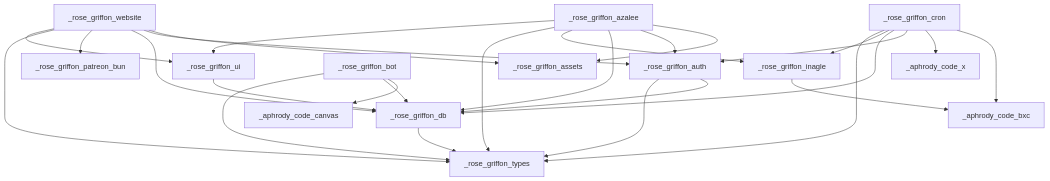
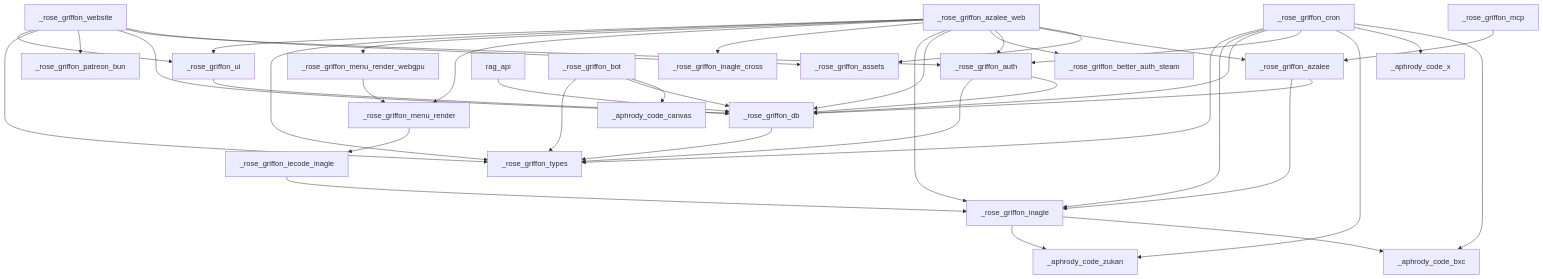
The diagram in docs/REPO_MAP.md (aphrody-labs/rosegriffon), drawn with Mermaid before and after one commit. The commit also changed other lines of this file and 24 other files, not shown here.

````diff
--- a/docs/REPO_MAP.md
+++ b/docs/REPO_MAP.md
@@ -269,29 +468,43 @@
 ```mermaid
 graph TD
-    _rose_griffon_azalee --> _rose_griffon_assets
-    _rose_griffon_azalee --> _rose_griffon_auth
-    _rose_griffon_azalee --> _rose_griffon_db
-    _rose_griffon_azalee --> _rose_griffon_inagle
-    _rose_griffon_azalee --> _rose_griffon_types
-    _rose_griffon_azalee --> _rose_griffon_ui
+    _rose_griffon_azalee_web --> _rose_griffon_assets
+    _rose_griffon_azalee_web --> _rose_griffon_azalee
+    _rose_griffon_azalee_web --> _rose_griffon_auth
+    _rose_griffon_azalee_web --> _rose_griffon_better_auth_steam
+    _rose_griffon_azalee_web --> _rose_griffon_db
+    _rose_griffon_azalee_web --> _rose_griffon_inagle
+    _rose_griffon_azalee_web --> _rose_griffon_inagle_cross
+    _rose_griffon_azalee_web --> _rose_griffon_menu_render
+    _rose_griffon_azalee_web --> _rose_griffon_menu_render_webgpu
+    _rose_griffon_azalee_web --> _rose_griffon_types
+    _rose_griffon_azalee_web --> _rose_griffon_ui
+    rag_api --> _rose_griffon_db
     _rose_griffon_bot --> _aphrody_code_canvas
     _rose_griffon_bot --> _rose_griffon_db
     _rose_griffon_bot --> _rose_griffon_types
     _rose_griffon_website --> _rose_griffon_assets
     _rose_griffon_website --> _rose_griffon_auth
     _rose_griffon_website --> _rose_griffon_db
     _rose_griffon_website --> _rose_griffon_patreon_bun
     _rose_griffon_website --> _rose_griffon_types
     _rose_griffon_website --> _rose_griffon_ui
+    _rose_griffon_azalee --> _rose_griffon_db
+    _rose_griffon_azalee --> _rose_griffon_inagle
     _rose_griffon_auth --> _rose_griffon_db
     _rose_griffon_auth --> _rose_griffon_types
     _rose_griffon_cron --> _aphrody_code_bxc
     _rose_griffon_cron --> _aphrody_code_x
+    _rose_griffon_cron --> _aphrody_code_zukan
     _rose_griffon_cron --> _rose_griffon_auth
     _rose_griffon_cron --> _rose_griffon_db
     _rose_griffon_cron --> _rose_griffon_inagle
     _rose_griffon_cron --> _rose_griffon_types
     _rose_griffon_db --> _rose_griffon_types
     _rose_griffon_inagle --> _aphrody_code_bxc
+    _rose_griffon_inagle --> _aphrody_code_zukan
     _rose_griffon_ui --> _rose_griffon_db
+    _rose_griffon_iecode_inagle --> _rose_griffon_inagle
+    _rose_griffon_menu_render_webgpu --> _rose_griffon_menu_render
+    _rose_griffon_menu_render --> _rose_griffon_iecode_inagle
+    _rose_griffon_mcp --> _rose_griffon_azalee
 ```
````
